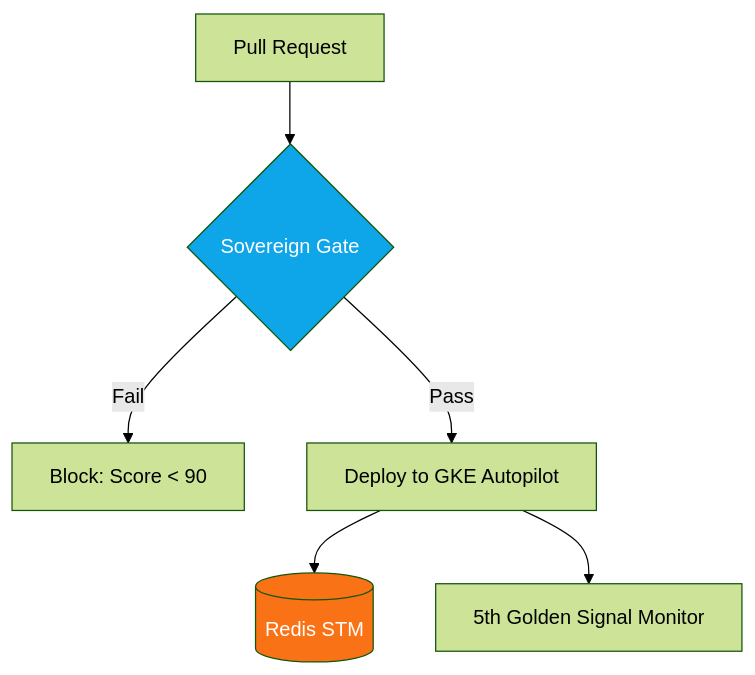
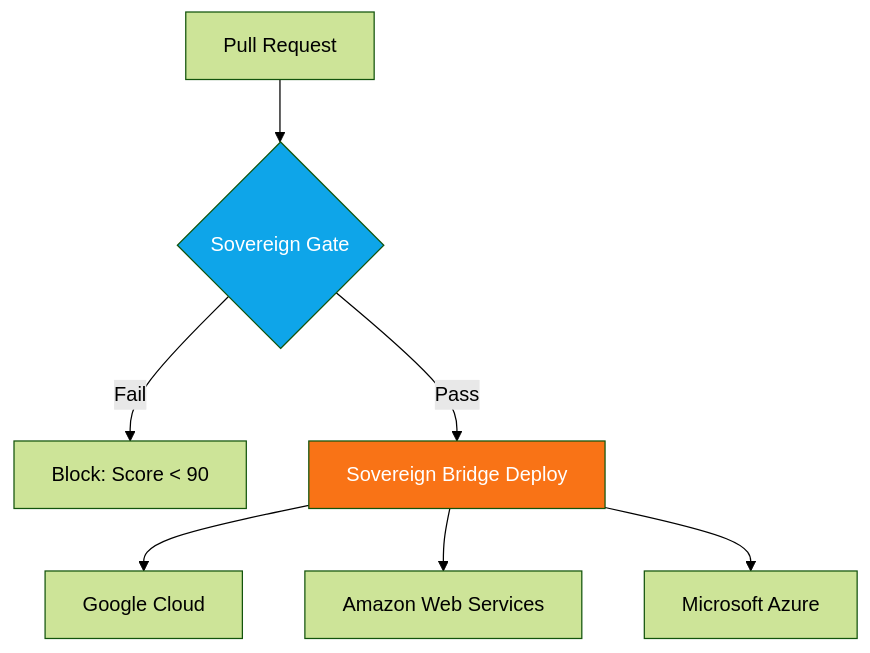
Before and after one commit to enriquekalven/agent-cockpit: the diagram in public/TECHNICAL_INFRA_GUIDE.md, drawn with Mermaid (forest theme). The commit also changed other lines of this file and 51 other files, not shown here.

````diff
--- a/public/TECHNICAL_INFRA_GUIDE.md
+++ b/public/TECHNICAL_INFRA_GUIDE.md
@@ -74,10 +56,11 @@
 ```mermaid
 graph TD
     PR[Pull Request] --> SG{Sovereign Gate}
     SG -->|Fail| Dev[Block: Score < 90]
-    SG -->|Pass| GKE[Deploy to GKE Autopilot]
-    GKE --> STM[(Redis STM)]
-    GKE --> TTFT[5th Golden Signal Monitor]
+    SG -->|Pass| Bridge[Sovereign Bridge Deploy]
+    Bridge --> GCP[Google Cloud]
+    Bridge --> AWS[Amazon Web Services]
+    Bridge --> AZ[Microsoft Azure]
     style SG fill:#0ea5e9,color:#fff
-    style STM fill:#f97316,color:#fff
+    style Bridge fill:#f97316,color:#fff
 ```
````
